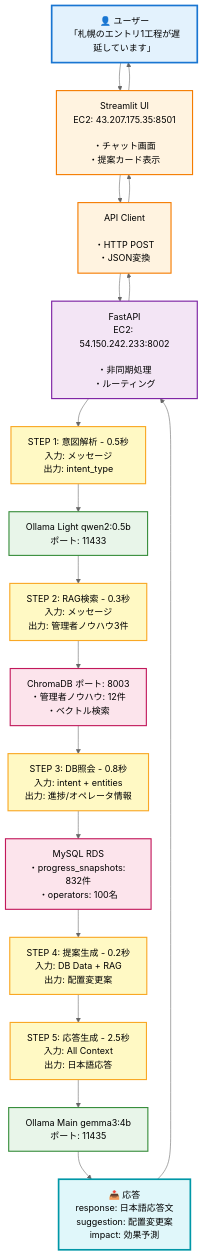
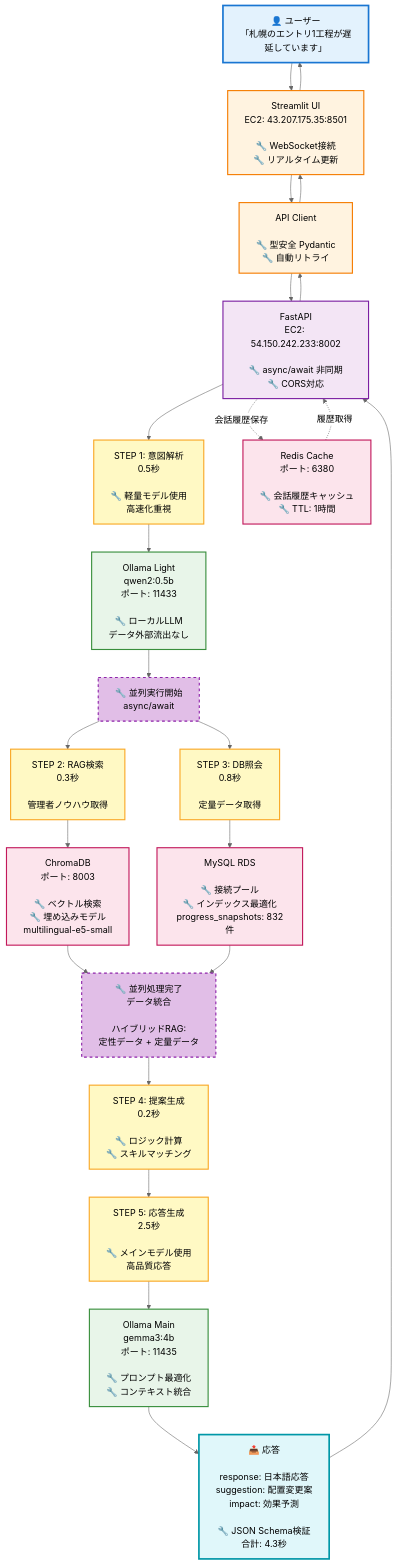
Before and after one commit to EraX-1/aimee-fe: the first of 5 diagrams in SYSTEM_OVERVIEW.md, drawn with Mermaid (neutral theme). The commit also changed other lines of this file, not shown here.

````diff
--- a/SYSTEM_OVERVIEW.md
+++ b/SYSTEM_OVERVIEW.md
@@ -16,58 +16,68 @@
     User["👤 ユーザー<br/>「札幌のエントリ1工程が遅延しています」"]
 
     %% ======== レイヤー2: フロントエンド ========
-    StreamlitUI["Streamlit UI<br/>EC2: 43.207.175.35:8501<br/><br/>・チャット画面<br/>・提案カード表示"]
+    StreamlitUI["Streamlit UI<br/>EC2: 43.207.175.35:8501<br/><br/>🔧 WebSocket接続<br/>🔧 リアルタイム更新"]
 
     %% ======== レイヤー3: API Client ========
-    APIClient["API Client<br/><br/>・HTTP POST<br/>・JSON変換"]
+    APIClient["API Client<br/><br/>🔧 型安全 Pydantic<br/>🔧 自動リトライ"]
 
     %% ======== レイヤー4: FastAPI ========
-    FastAPI["FastAPI<br/>EC2: 54.150.242.233:8002<br/><br/>・非同期処理<br/>・ルーティング"]
+    FastAPI["FastAPI<br/>EC2: 54.150.242.233:8002<br/><br/>🔧 async/await 非同期<br/>🔧 CORS対応"]
 
-    %% ======== レイヤー5: STEP 1 ========
-    Step1["STEP 1: 意図解析 - 0.5秒<br/>入力: メッセージ<br/>出力: intent_type"]
-    OllamaLight["Ollama Light qwen2:0.5b<br/>ポート: 11433"]
+    %% ======== レイヤー5: STEP 1 - 意図解析 ========
+    Step1["STEP 1: 意図解析<br/>0.5秒<br/><br/>🔧 軽量モデル使用<br/>高速化重視"]
+    OllamaLight["Ollama Light<br/>qwen2:0.5b<br/>ポート: 11433<br/><br/>🔧 ローカルLLM<br/>データ外部流出なし"]
 
-    %% ======== レイヤー6: STEP 2 ========
-    Step2["STEP 2: RAG検索 - 0.3秒<br/>入力: メッセージ<br/>出力: 管理者ノウハウ3件"]
-    ChromaDB["ChromaDB ポート: 8003<br/>・管理者ノウハウ: 12件<br/>・ベクトル検索"]
+    %% ======== レイヤー6: STEP 2 & 3 - 並列処理 ========
+    Parallel["🔧 並列実行開始<br/>async/await"]
 
-    %% ======== レイヤー7: STEP 3 ========
-    Step3["STEP 3: DB照会 - 0.8秒<br/>入力: intent + entities<br/>出力: 進捗/オペレータ情報"]
-    MySQL["MySQL RDS<br/>・progress_snapshots: 832件<br/>・operators: 100名"]
+    Step2["STEP 2: RAG検索<br/>0.3秒<br/><br/>管理者ノウハウ取得"]
+    ChromaDB["ChromaDB<br/>ポート: 8003<br/><br/>🔧 ベクトル検索<br/>🔧 埋め込みモデル<br/>multilingual-e5-small"]
 
-    %% ======== レイヤー8: STEP 4 ========
-    Step4["STEP 4: 提案生成 - 0.2秒<br/>入力: DB Data + RAG<br/>出力: 配置変更案"]
+    Step3["STEP 3: DB照会<br/>0.8秒<br/><br/>定量データ取得"]
+    MySQL["MySQL RDS<br/><br/>🔧 接続プール<br/>🔧 インデックス最適化<br/>progress_snapshots: 832件"]
 
-    %% ======== レイヤー9: STEP 5 ========
-    Step5["STEP 5: 応答生成 - 2.5秒<br/>入力: All Context<br/>出力: 日本語応答"]
-    OllamaMain["Ollama Main gemma3:4b<br/>ポート: 11435"]
+    %% ======== レイヤー7: 統合 ========
+    Merge["🔧 並列処理完了<br/>データ統合<br/><br/>ハイブリッドRAG:<br/>定性データ + 定量データ"]
+
+    %% ======== レイヤー8: STEP 4 - 提案生成 ========
+    Step4["STEP 4: 提案生成<br/>0.2秒<br/><br/>🔧 ロジック計算<br/>🔧 スキルマッチング"]
+
+    %% ======== レイヤー9: STEP 5 - 応答生成 ========
+    Step5["STEP 5: 応答生成<br/>2.5秒<br/><br/>🔧 メインモデル使用<br/>高品質応答"]
+    OllamaMain["Ollama Main<br/>gemma3:4b<br/>ポート: 11435<br/><br/>🔧 プロンプト最適化<br/>🔧 コンテキスト統合"]
+
+    %% ======== キャッシュ層 ========
+    Redis["Redis Cache<br/>ポート: 6380<br/><br/>🔧 会話履歴キャッシュ<br/>🔧 TTL: 1時間"]
 
     %% ======== レイヤー10: 応答 ========
-    Response["📤 応答<br/>response: 日本語応答文<br/>suggestion: 配置変更案<br/>impact: 効果予測"]
+    Response["📤 応答<br/><br/>response: 日本語応答<br/>suggestion: 配置変更案<br/>impact: 効果予測<br/><br/>🔧 JSON Schema検証<br/>合計: 4.3秒"]
 
-    %% ======== 垂直フロー（上から下へ） ========
+    %% ======== メインフロー ========
     User --> StreamlitUI
     StreamlitUI --> APIClient
     APIClient --> FastAPI
     FastAPI --> Step1
 
-    %% STEP 1の処理
+    %% STEP 1: 意図解析
     Step1 --> OllamaLight
-    OllamaLight --> Step2
+    OllamaLight --> Parallel
 
-    %% STEP 2の処理
+    %% STEP 2 & 3: 並列処理
+    Parallel --> Step2
+    Parallel --> Step3
+
     Step2 --> ChromaDB
-    ChromaDB --> Step3
+    ChromaDB --> Merge
 
-    %% STEP 3の処理
     Step3 --> MySQL
-    MySQL --> Step4
+    MySQL --> Merge
 
-    %% STEP 4の処理
+    %% STEP 4: 提案生成
+    Merge --> Step4
+
+    %% STEP 5: 応答生成
     Step4 --> Step5
-
-    %% STEP 5の処理
     Step5 --> OllamaMain
     OllamaMain --> Response
 
@@ -77,6 +87,10 @@
     APIClient --> StreamlitUI
     StreamlitUI --> User
 
+    %% キャッシュ（点線）
+    FastAPI -.->|会話履歴保存| Redis
+    Redis -.->|履歴取得| FastAPI
+
     %% スタイル定義
     classDef userStyle fill:#e3f2fd,stroke:#1976d2,stroke-width:3px
     classDef frontendStyle fill:#fff3e0,stroke:#f57c00,stroke-width:2px
@@ -85,12 +99,14 @@
     classDef aiStyle fill:#e8f5e9,stroke:#388e3c,stroke-width:2px
     classDef dataStyle fill:#fce4ec,stroke:#c2185b,stroke-width:2px
     classDef responseStyle fill:#e0f7fa,stroke:#0097a7,stroke-width:3px
+    classDef parallelStyle fill:#e1bee7,stroke:#8e24aa,stroke-width:2px,stroke-dasharray: 5 5
 
     class User userStyle
     class StreamlitUI,APIClient frontendStyle
     class FastAPI backendStyle
     class Step1,Step2,Step3,Step4,Step5 stepStyle
     class OllamaLight,OllamaMain aiStyle
-    class ChromaDB,MySQL dataStyle
+    class ChromaDB,MySQL,Redis dataStyle
     class Response responseStyle
+    class Parallel,Merge parallelStyle
 ```
````
